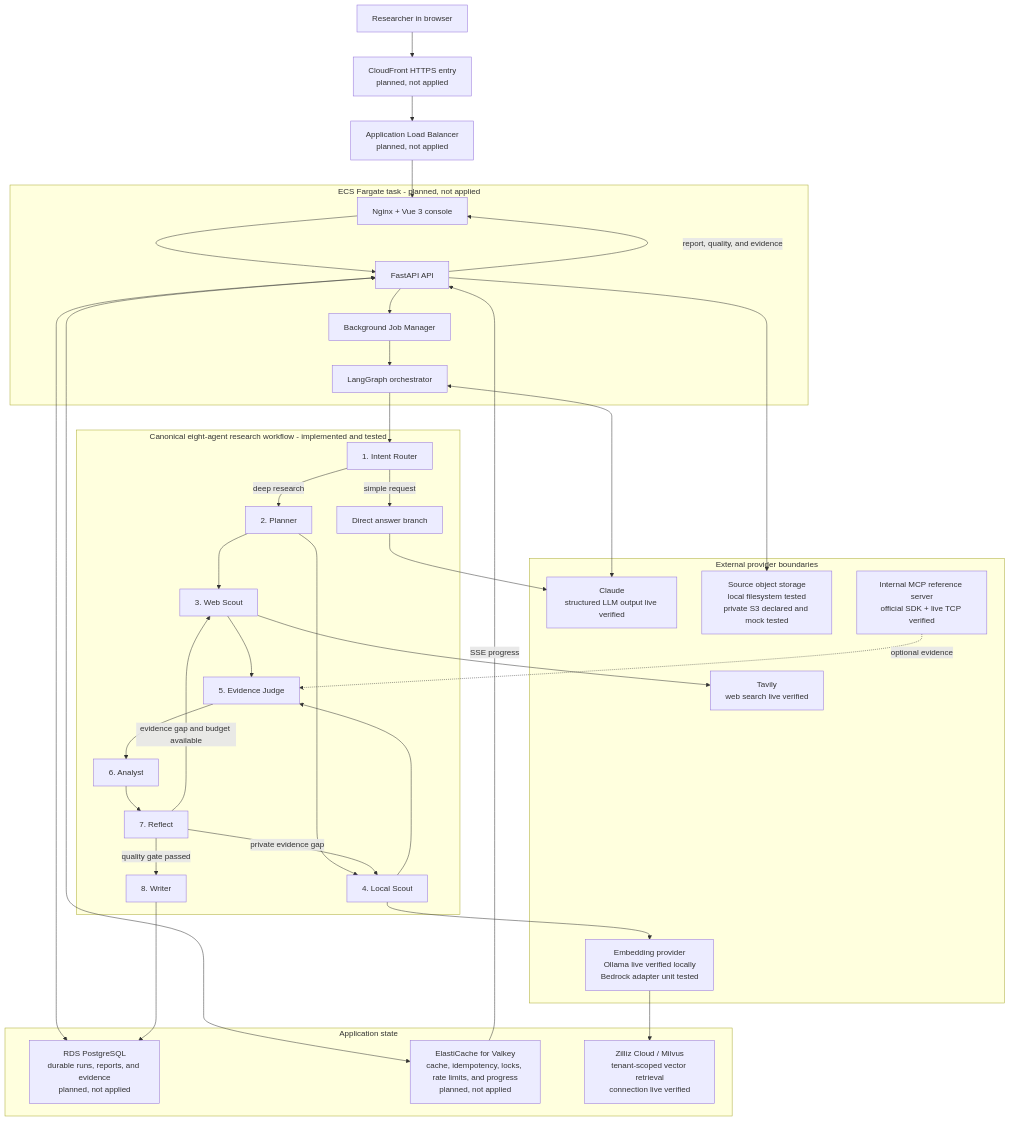
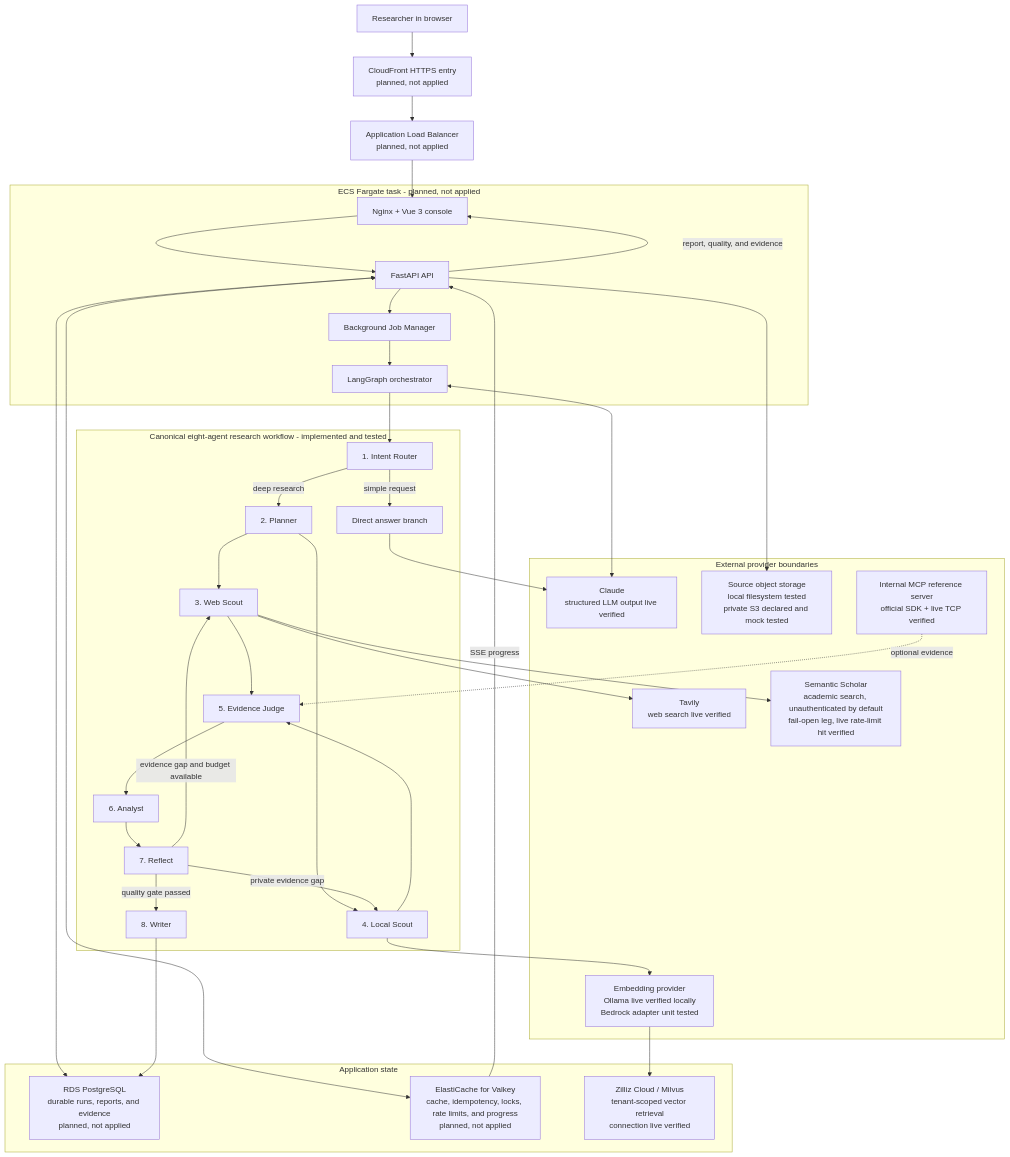
Before and after one commit to akira-in-tech/enterprise-agentic-research-platform: the diagram in README.md, drawn with Mermaid. The commit also changed other lines of this file and 4 other files, not shown here.

First line of the commit message:
docs: sync docs with the academic search/export feature and publish the first evaluation run

````diff
--- a/README.md
+++ b/README.md
@@ -199,62 +202,64 @@
 ```mermaid
 flowchart TB
     researcher["Researcher in browser"]
     cloudfront["CloudFront HTTPS entry<br/>planned, not applied"]
     alb["Application Load Balancer<br/>planned, not applied"]
 
     subgraph ecs["ECS Fargate task - planned, not applied"]
         frontend["Nginx + Vue 3 console"]
         api["FastAPI API"]
         jobs["Background Job Manager"]
         workflow["LangGraph orchestrator"]
     end
 
     subgraph agents["Canonical eight-agent research workflow - implemented and tested"]
         router["1. Intent Router"]
         planner["2. Planner"]
         web["3. Web Scout"]
         local["4. Local Scout"]
         judge["5. Evidence Judge"]
         analyst["6. Analyst"]
         reflect["7. Reflect"]
         writer["8. Writer"]
         direct["Direct answer branch"]
     end
 
     subgraph state["Application state"]
         postgres["RDS PostgreSQL<br/>durable runs, reports, and evidence<br/>planned, not applied"]
         redis["ElastiCache for Valkey<br/>cache, idempotency, locks, rate limits, and progress<br/>planned, not applied"]
         milvus["Zilliz Cloud / Milvus<br/>tenant-scoped vector retrieval<br/>connection live verified"]
     end
 
     subgraph providers["External provider boundaries"]
         claude["Claude<br/>structured LLM output live verified"]
         tavily["Tavily<br/>web search live verified"]
+        semanticscholar["Semantic Scholar<br/>academic search, unauthenticated by default<br/>fail-open leg, live rate-limit hit verified"]
         embeddings["Embedding provider<br/>Ollama live verified locally<br/>Bedrock adapter unit tested"]
         objects["Source object storage<br/>local filesystem tested<br/>private S3 declared and mock tested"]
         mcp["Internal MCP reference server<br/>official SDK + live TCP verified"]
     end
 
     researcher --> cloudfront --> alb --> frontend --> api
     api --> jobs --> workflow --> router
     router -->|simple request| direct --> claude
     router -->|deep research| planner
     planner --> web
     planner --> local
     web --> tavily
+    web --> semanticscholar
     local --> embeddings --> milvus
     api --> objects
     web --> judge
     local --> judge
     mcp -. optional evidence .-> judge
     judge --> analyst --> reflect
     reflect -->|evidence gap and budget available| web
     reflect -->|private evidence gap| local
     reflect -->|quality gate passed| writer
     workflow <--> claude
     api <--> redis
     api <--> postgres
     writer --> postgres
     redis -->|SSE progress| api
     api -->|report, quality, and evidence| frontend
 ```
````
